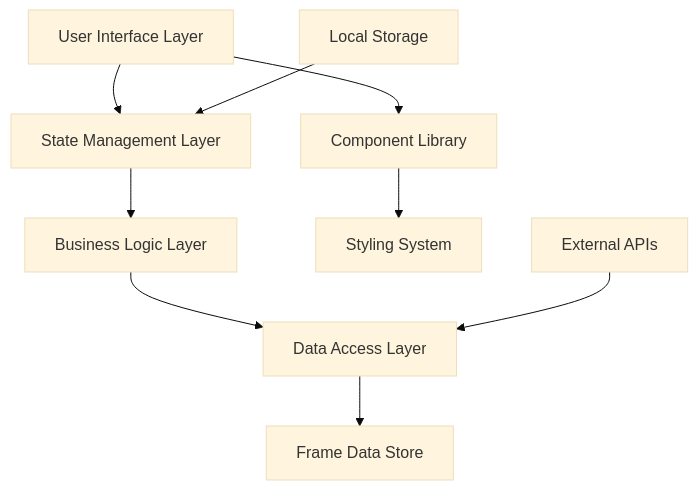
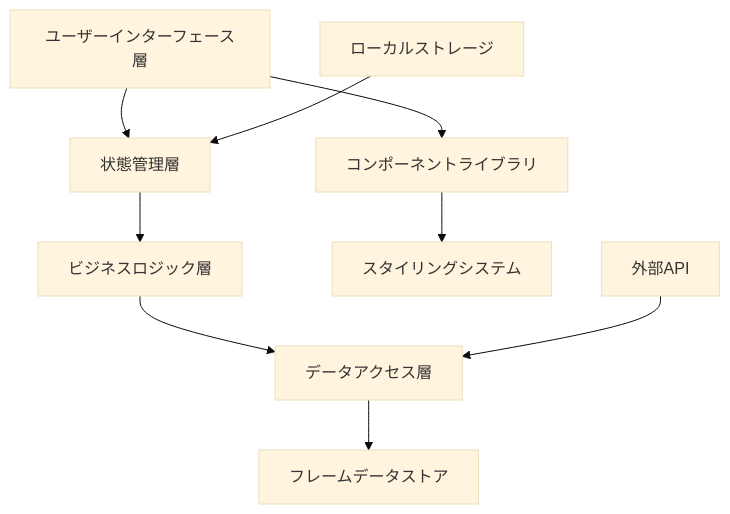
One commit to jun-suzuki1028/lagscope changed the diagram in .kiro/specs/smash-revenge-calculator/design.md. Above: the diagram before and after it, drawn with Mermaid (base theme). The commit also changed other lines of this file and 3 other files, not shown here.

````diff
--- a/.kiro/specs/smash-revenge-calculator/design.md
+++ b/.kiro/specs/smash-revenge-calculator/design.md
@@ -11,13 +11,13 @@
 ```mermaid
 graph TB
-    A[User Interface Layer] --> B[State Management Layer]
-    B --> C[Business Logic Layer]
-    C --> D[Data Access Layer]
-    D --> E[Frame Data Store]
+    A[ユーザーインターフェース層] --> B[状態管理層]
+    B --> C[ビジネスロジック層]
+    C --> D[データアクセス層]
+    D --> E[フレームデータストア]
     
-    A --> F[Component Library]
-    F --> G[Styling System]
+    A --> F[コンポーネントライブラリ]
+    F --> G[スタイリングシステム]
     
-    H[External APIs] --> D
-    I[Local Storage] --> B
+    H[外部API] --> D
+    I[ローカルストレージ] --> B
 ```
````
